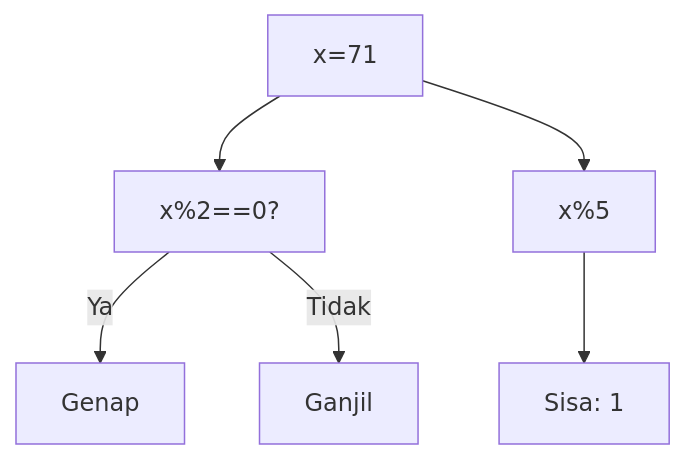
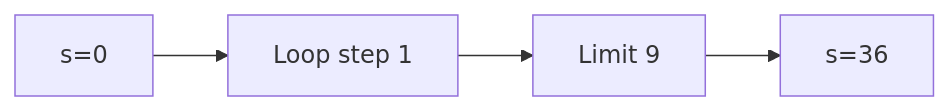
One commit to amnahwaida/OSNK_INF_PREP changed the tenth of 25 diagrams in part-c-pemahaman-cpp/03-perulangan/latihan/set-02.md. Above: the diagram before and after it, drawn with Mermaid. The commit also changed other lines of this file and 71 other files, not shown here.

````diff
--- a/part-c-pemahaman-cpp/03-perulangan/latihan/set-02.md
+++ b/part-c-pemahaman-cpp/03-perulangan/latihan/set-02.md
@@ -239,8 +264,6 @@
 ```mermaid
-graph TD
-A["x=71"] --> B["x%2==0?"]
-B -- Ya --> C["Genap"]
-B -- Tidak --> D["Ganjil"]
-A --> E["x%5"]
-E --> F["Sisa: 1"]
+graph LR
+A["s=0"] --> B["Loop step 1"]
+B --> C["Limit 9"]
+C --> D["s=36"]
 ```
````
